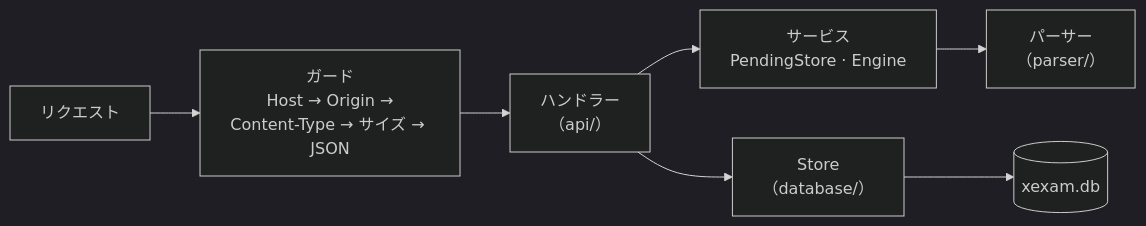
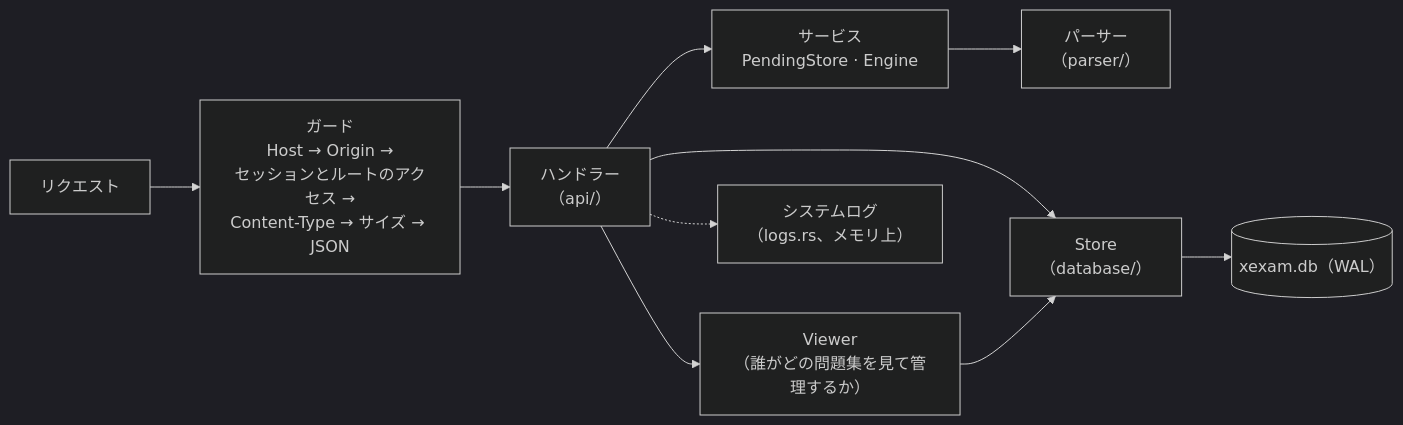
The second of 5 diagrams in docs/ja/architecture.md (Yumin-Space/xexam), drawn with Mermaid (dark theme) before and after one commit. The commit also changed other lines of this file and 295 other files, not shown here.

````diff
--- a/docs/ja/architecture.md
+++ b/docs/ja/architecture.md
@@ -95,9 +131,12 @@
 ```mermaid
 flowchart LR
-    R["リクエスト"] --> G["ガード<br/>Host → Origin →<br/>Content-Type → サイズ → JSON"]
+    R["リクエスト"] --> G["ガード<br/>Host → Origin →<br/>セッションとルートのアクセス →<br/>Content-Type → サイズ → JSON"]
     G --> H["ハンドラー<br/>（api/）"]
+    H --> V["Viewer<br/>（誰がどの問題集を見て管理するか）"]
     H --> S["サービス<br/>PendingStore · Engine"]
     S --> P["パーサー<br/>（parser/）"]
     H --> DB["Store<br/>（database/）"]
-    DB --> SQ[("xexam.db")]
+    V --> DB
+    DB --> SQ[("xexam.db（WAL）")]
+    H -.-> L["システムログ<br/>（logs.rs、メモリ上）"]
 ```
````
